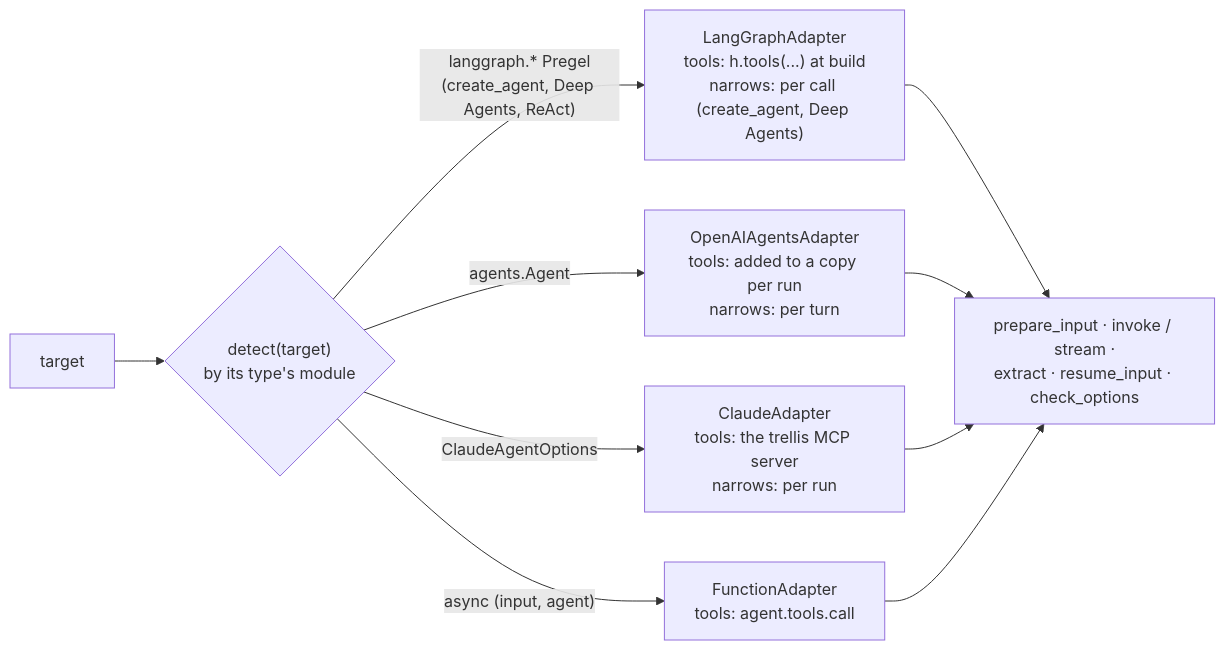
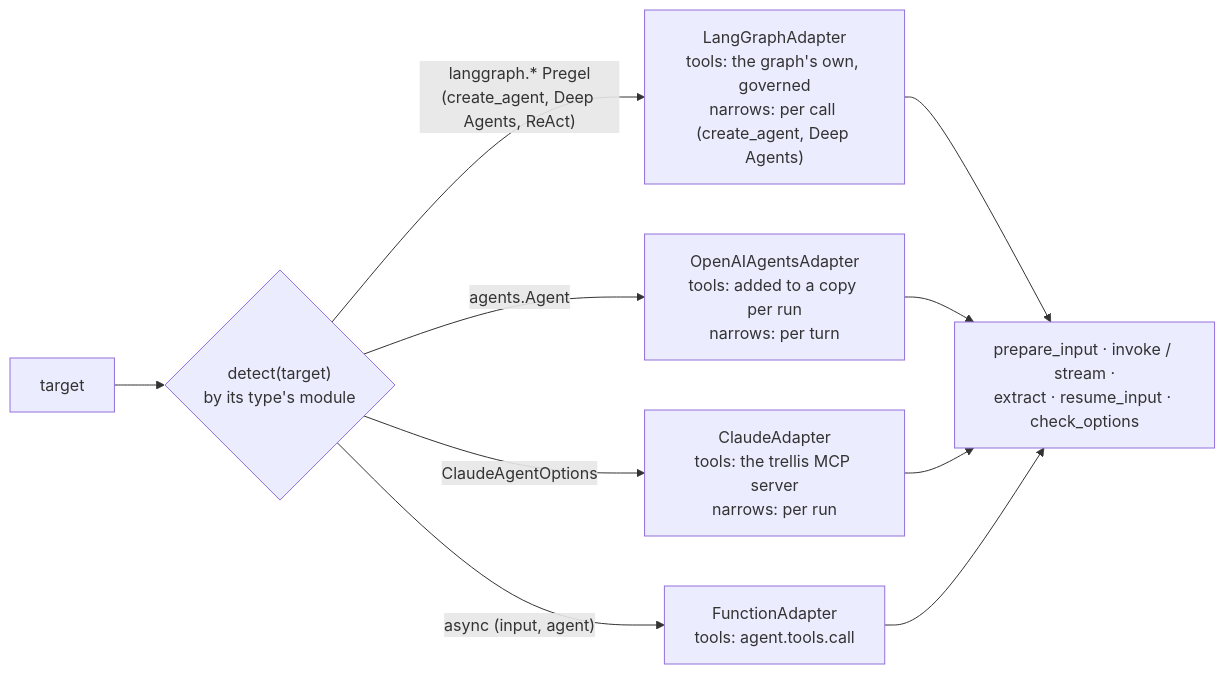
The eighth of 10 diagrams in docs/architecture.md (amitmohapatra/agent-harness), drawn with Mermaid before and after one commit. The commit also changed other lines of this file and 244 other files, not shown here.

````diff
--- a/docs/architecture.md
+++ b/docs/architecture.md
@@ -411,9 +410,9 @@
 ```mermaid
 flowchart LR
   target["target"] --> detect{"detect(target)<br/>by its type's module"}
-  detect -->|"langgraph.* Pregel<br/>(create_agent, Deep Agents, ReAct)"| lg["LangGraphAdapter<br/>tools: h.tools(...) at build<br/>narrows: per call (create_agent, Deep Agents)"]
+  detect -->|"langgraph.* Pregel<br/>(create_agent, Deep Agents, ReAct)"| lg["LangGraphAdapter<br/>tools: the graph's own, governed<br/>narrows: per call (create_agent, Deep Agents)"]
   detect -->|"agents.Agent"| oa["OpenAIAgentsAdapter<br/>tools: added to a copy per run<br/>narrows: per turn"]
   detect -->|"ClaudeAgentOptions"| cl["ClaudeAdapter<br/>tools: the trellis MCP server<br/>narrows: per run"]
   detect -->|"async (input, agent)"| fn["FunctionAdapter<br/>tools: agent.tools.call"]
   lg & oa & cl & fn --> contract["prepare_input · invoke / stream ·<br/>extract · resume_input · check_options"]
 ```
````
